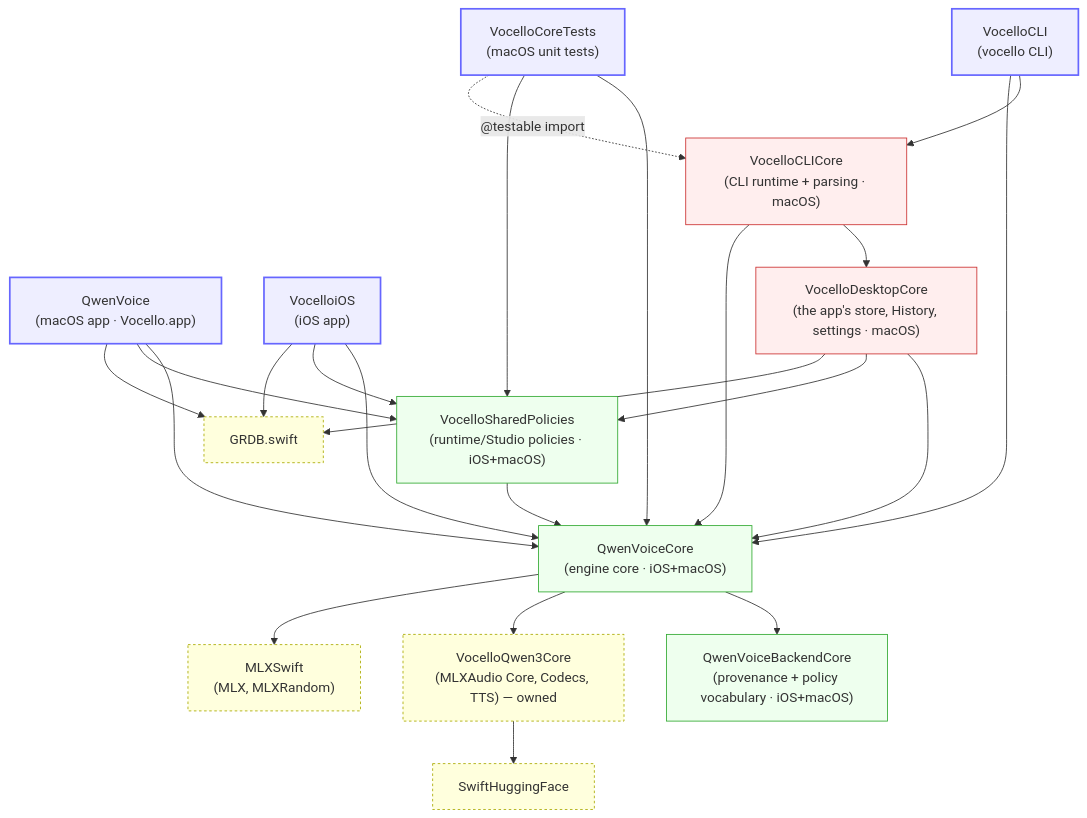
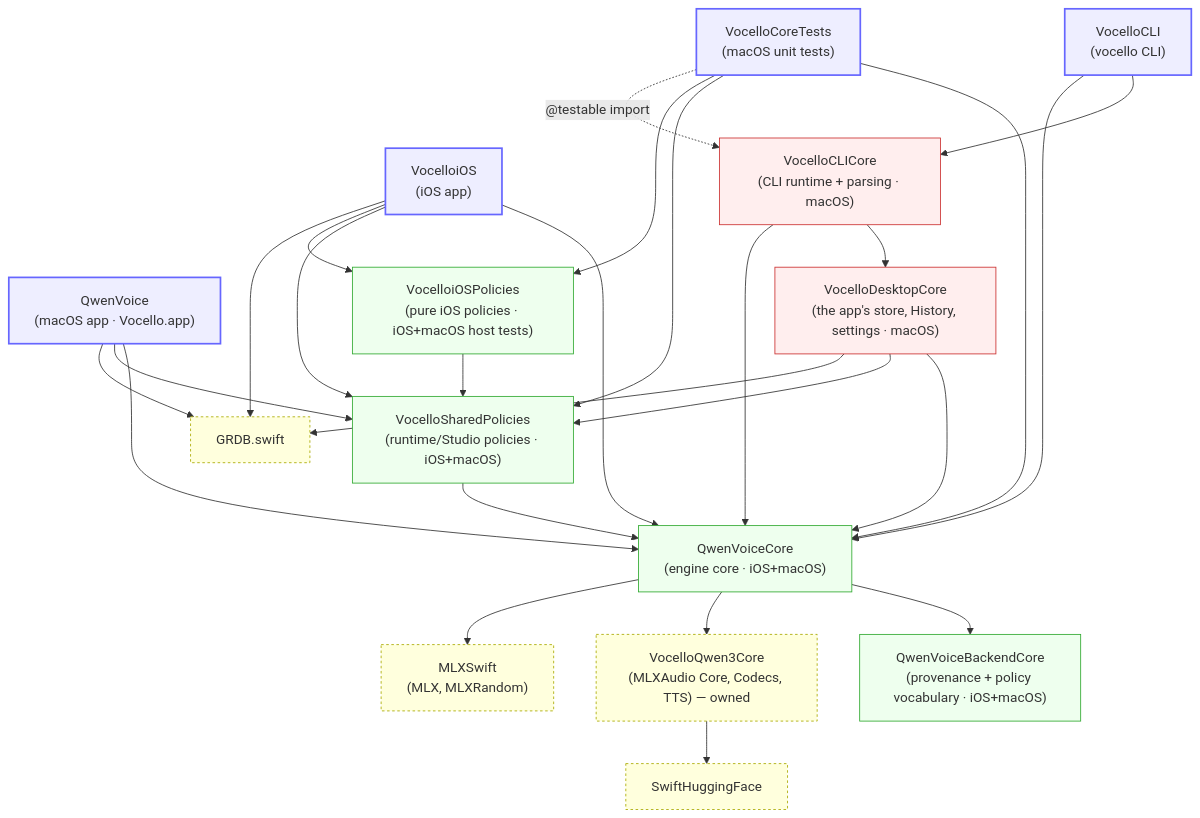
Before and after one commit to PowerBeef/Vocello: the first of 7 diagrams in docs/ARCHITECTURE.md, drawn with Mermaid. The commit also changed other lines of this file and 14 other files, not shown here.

````diff
--- a/docs/ARCHITECTURE.md
+++ b/docs/ARCHITECTURE.md
@@ -72,50 +74,54 @@
 ```mermaid
 graph TD
     classDef app fill:#eef,stroke:#66f,stroke-width:2px;
     classDef fw fill:#efe,stroke:#3a3;
     classDef macfw fill:#fee,stroke:#c33;
     classDef spm fill:#ffd,stroke:#aa0,stroke-dasharray:3 3;
 
     QwenVoice["QwenVoice<br/>(macOS app · Vocello.app)"]:::app
     VocelloiOS["VocelloiOS<br/>(iOS app)"]:::app
     VocelloCLI["VocelloCLI<br/>(vocello CLI)"]:::app
 
     QwenVoiceCore["QwenVoiceCore<br/>(engine core · iOS+macOS)"]:::fw
     QwenVoiceBackendCore["QwenVoiceBackendCore<br/>(provenance + policy vocabulary · iOS+macOS)"]:::fw
     VocelloSharedPolicies["VocelloSharedPolicies<br/>(runtime/Studio policies · iOS+macOS)"]:::fw
+    VocelloiOSPolicies["VocelloiOSPolicies<br/>(pure iOS policies · iOS+macOS host tests)"]:::fw
     VocelloCLICore["VocelloCLICore<br/>(CLI runtime + parsing · macOS)"]:::macfw
     VocelloDesktopCore["VocelloDesktopCore<br/>(the app's store, History, settings · macOS)"]:::macfw
     VocelloCoreTests["VocelloCoreTests<br/>(macOS unit tests)"]:::app
 
     GRDB["GRDB.swift"]:::spm
     MLXAudio["VocelloQwen3Core<br/>(MLXAudio Core, Codecs, TTS) — owned"]:::spm
     MLXSwift["MLXSwift<br/>(MLX, MLXRandom)"]:::spm
     SwiftHuggingFace["SwiftHuggingFace"]:::spm
 
     QwenVoice --> QwenVoiceCore
     QwenVoice --> VocelloSharedPolicies
     QwenVoice --> GRDB
 
     VocelloiOS --> QwenVoiceCore
     VocelloiOS --> VocelloSharedPolicies
+    VocelloiOS --> VocelloiOSPolicies
     VocelloiOS --> GRDB
 
     VocelloCLI --> VocelloCLICore
     VocelloCLI --> QwenVoiceCore
     VocelloCLICore --> VocelloDesktopCore
     VocelloCLICore --> QwenVoiceCore
     VocelloDesktopCore --> QwenVoiceCore
     VocelloDesktopCore --> VocelloSharedPolicies
     VocelloDesktopCore --> GRDB
 
     VocelloCoreTests --> QwenVoiceCore
     VocelloCoreTests --> VocelloSharedPolicies
+    VocelloCoreTests --> VocelloiOSPolicies
     VocelloCoreTests -.->|"@testable import"| VocelloCLICore
 
+    VocelloiOSPolicies --> VocelloSharedPolicies
     VocelloSharedPolicies --> QwenVoiceCore
     QwenVoiceCore --> QwenVoiceBackendCore
 
     QwenVoiceCore --> MLXAudio
     QwenVoiceCore --> MLXSwift
     MLXAudio --> SwiftHuggingFace
 ```
````
